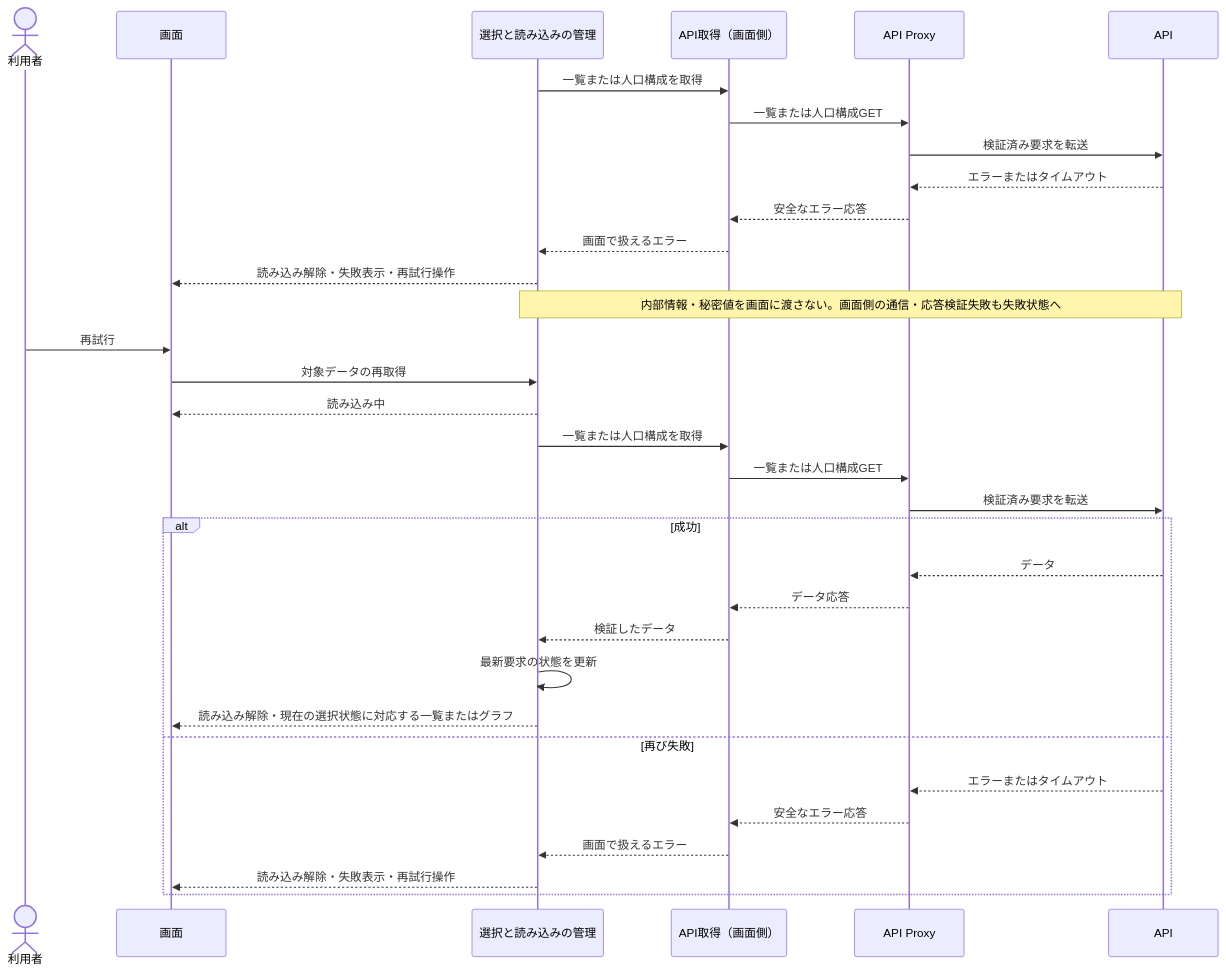
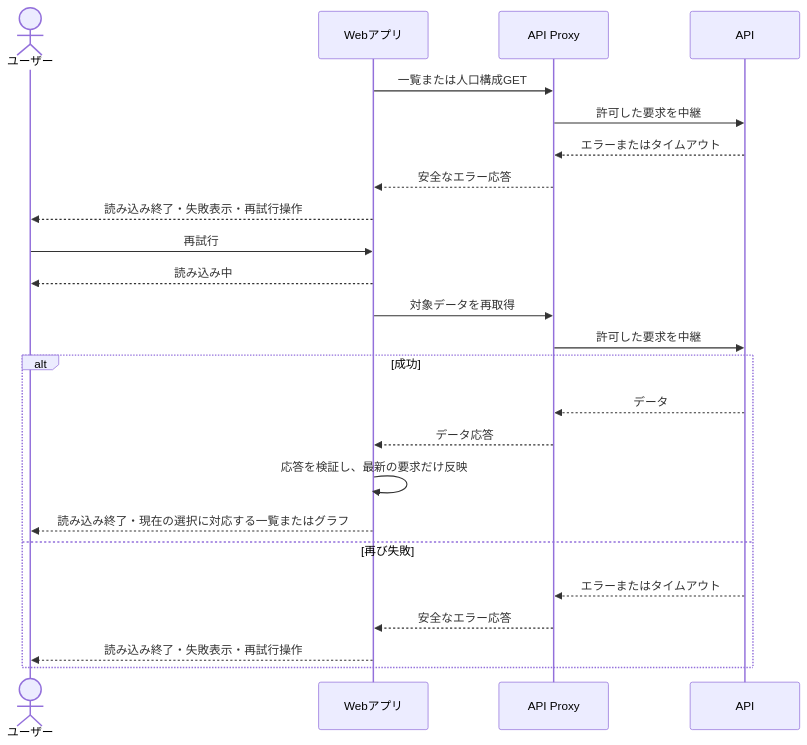
The fifth of 5 diagrams in docs/DESIGN.md (t2421/frontend-engineer-codecheck), drawn with Mermaid before and after one commit. The commit also changed other lines of this file, not shown here.

Commit message:
シーケンス図をシステム境界で整理

````diff
--- a/docs/DESIGN.md
+++ b/docs/DESIGN.md
@@ -131,35 +106,26 @@
 ```mermaid
 sequenceDiagram
-  actor User as 利用者
-  participant UI as 画面
-  participant State as 選択と読み込みの管理
-  participant Fetch as API取得（画面側）
+  actor User as ユーザー
+  participant App as Webアプリ
   participant Proxy as API Proxy
   participant API as API
-  State->>Fetch: 一覧または人口構成を取得
-  Fetch->>Proxy: 一覧または人口構成GET
-  Proxy->>API: 検証済み要求を転送
+  App->>Proxy: 一覧または人口構成GET
+  Proxy->>API: 許可した要求を中継
   API-->>Proxy: エラーまたはタイムアウト
-  Proxy-->>Fetch: 安全なエラー応答
-  Fetch-->>State: 画面で扱えるエラー
-  State-->>UI: 読み込み解除・失敗表示・再試行操作
-  Note over State,API: 内部情報・秘密値を画面に渡さない。画面側の通信・応答検証失敗も失敗状態へ
-  User->>UI: 再試行
-  UI->>State: 対象データの再取得
-  State-->>UI: 読み込み中
-  State->>Fetch: 一覧または人口構成を取得
-  Fetch->>Proxy: 一覧または人口構成GET
-  Proxy->>API: 検証済み要求を転送
+  Proxy-->>App: 安全なエラー応答
+  App-->>User: 読み込み終了・失敗表示・再試行操作
+  User->>App: 再試行
+  App-->>User: 読み込み中
+  App->>Proxy: 対象データを再取得
+  Proxy->>API: 許可した要求を中継
   alt 成功
     API-->>Proxy: データ
-    Proxy-->>Fetch: データ応答
-    Fetch-->>State: 検証したデータ
-    State->>State: 最新要求の状態を更新
-    State-->>UI: 読み込み解除・現在の選択状態に対応する一覧またはグラフ
+    Proxy-->>App: データ応答
+    App->>App: 応答を検証し、最新の要求だけ反映
+    App-->>User: 読み込み終了・現在の選択に対応する一覧またはグラフ
   else 再び失敗
     API-->>Proxy: エラーまたはタイムアウト
-    Proxy-->>Fetch: 安全なエラー応答
-    Fetch-->>State: 画面で扱えるエラー
-    State-->>UI: 読み込み解除・失敗表示・再試行操作
+    Proxy-->>App: 安全なエラー応答
+    App-->>User: 読み込み終了・失敗表示・再試行操作
   end
 ```
````
